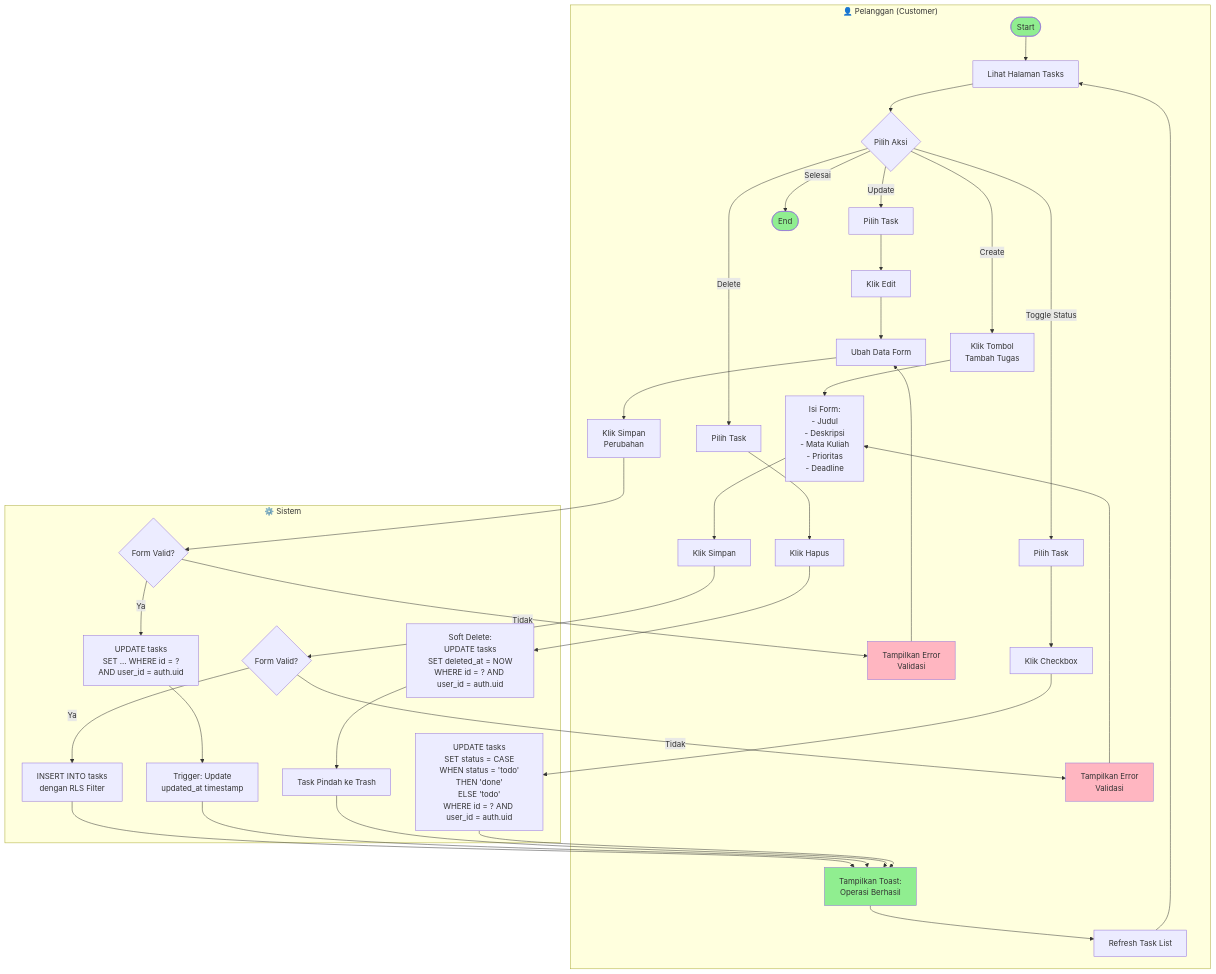
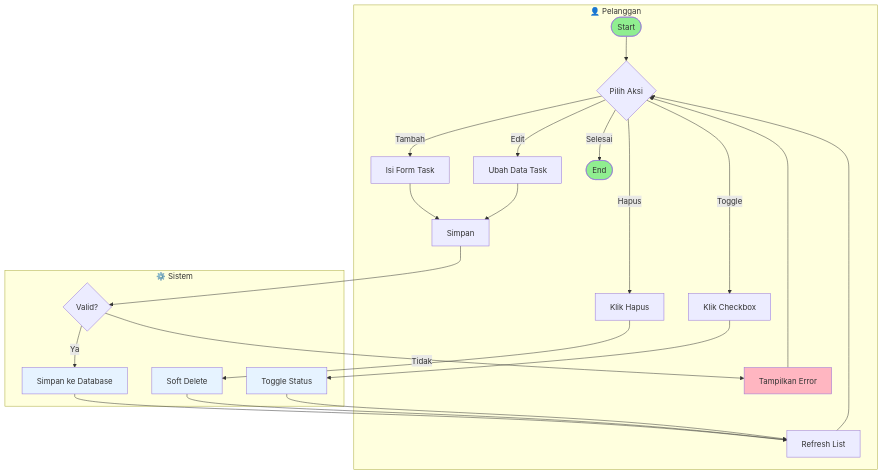
One commit to FarhanEfendi21/FlowDay changed the third of 11 diagrams in ACTIVITY_DIAGRAMS.md. Above: the diagram before and after it, drawn with Mermaid. The commit also changed other lines of this file, not shown here.

Commit message:
fix activity diagram

````diff
--- a/ACTIVITY_DIAGRAMS.md
+++ b/ACTIVITY_DIAGRAMS.md
@@ -122,67 +92,35 @@
 ```mermaid
 graph TD
-    subgraph User["👤 Pelanggan (Customer)"]
-        Start([Start]) --> ViewTasks[Lihat Halaman Tasks]
-        ViewTasks --> Choice{Pilih Aksi}
-        
-        %% CREATE
-        Choice -->|Create| ClickAdd[Klik Tombol<br/>Tambah Tugas]
-        ClickAdd --> FillForm[Isi Form:<br/>- Judul<br/>- Deskripsi<br/>- Mata Kuliah<br/>- Prioritas<br/>- Deadline]
-        FillForm --> SubmitCreate[Klik Simpan]
-        ErrorCreate[Tampilkan Error<br/>Validasi] --> FillForm
-        
-        %% UPDATE
-        Choice -->|Update| SelectTask[Pilih Task]
-        SelectTask --> ClickEdit[Klik Edit]
-        ClickEdit --> ModifyForm[Ubah Data Form]
-        ModifyForm --> SubmitUpdate[Klik Simpan<br/>Perubahan]
-        ErrorUpdate[Tampilkan Error<br/>Validasi] --> ModifyForm
-        
-        %% DELETE
-        Choice -->|Delete| SelectTaskDel[Pilih Task]
-        SelectTaskDel --> ClickDelete[Klik Hapus]
-        
-        %% TOGGLE
-        Choice -->|Toggle Status| SelectTaskToggle[Pilih Task]
-        SelectTaskToggle --> ClickCheckbox[Klik Checkbox]
-        
-        ShowSuccess[Tampilkan Toast:<br/>Operasi Berhasil] --> RefreshView[Refresh Task List]
-        RefreshView --> ViewTasks
-        Choice -->|Selesai| End([End])
+    subgraph User["👤 Pelanggan"]
+        A([Start]) --> B{Pilih Aksi}
+        B -->|Tambah| C[Isi Form Task]
+        B -->|Edit| D[Ubah Data Task]
+        B -->|Hapus| E[Klik Hapus]
+        B -->|Toggle| F[Klik Checkbox]
+        C --> G[Simpan]
+        D --> G
+        H[Tampilkan Error] --> B
+        I[Refresh List] --> B
+        B -->|Selesai| J([End])
     end
     
     subgraph System["⚙️ Sistem"]
-        %% CREATE SYSTEM
-        ValidateCreate{Form Valid?}
-        ValidateCreate -->|Tidak| ErrorCreate
-        ValidateCreate -->|Ya| InsertDB[INSERT INTO tasks<br/>dengan RLS Filter]
-        InsertDB --> ShowSuccess
-        
-        %% UPDATE SYSTEM
-        ValidateUpdate{Form Valid?}
-        ValidateUpdate -->|Tidak| ErrorUpdate
-        ValidateUpdate -->|Ya| UpdateDB[UPDATE tasks<br/>SET ... WHERE id = ?<br/>AND user_id = auth.uid]
-        UpdateDB --> TriggerUpdate[Trigger: Update<br/>updated_at timestamp]
-        TriggerUpdate --> ShowSuccess
-        
-        %% DELETE SYSTEM
-        SoftDelete[Soft Delete:<br/>UPDATE tasks<br/>SET deleted_at = NOW<br/>WHERE id = ? AND user_id = auth.uid]
-        SoftDelete --> MoveTrash[Task Pindah ke Trash]
-        MoveTrash --> ShowSuccess
-        
-        %% TOGGLE SYSTEM
-        ToggleDB[UPDATE tasks<br/>SET status = CASE<br/>WHEN status = 'todo'<br/>THEN 'done'<br/>ELSE 'todo'<br/>WHERE id = ? AND user_id = auth.uid]
-        ToggleDB --> ShowSuccess
+        K{Valid?}
+        K -->|Tidak| H
+        K -->|Ya| L[Simpan ke Database]
+        L --> I
+        M[Soft Delete] --> I
+        N[Toggle Status] --> I
     end
     
-    SubmitCreate --> ValidateCreate
-    SubmitUpdate --> ValidateUpdate
-    ClickDelete --> SoftDelete
-    ClickCheckbox --> ToggleDB
+    G --> K
+    E --> M
+    F --> N
 
-    style Start fill:#90EE90
-    style End fill:#90EE90
-    style ErrorCreate fill:#FFB6C1
-    style ErrorUpdate fill:#FFB6C1
-    style ShowSuccess fill:#90EE90
+    style A fill:#90EE90
+    style J fill:#90EE90
+    style H fill:#FFB6C1
+    style L fill:#E6F3FF
+    style M fill:#E6F3FF
+    style N fill:#E6F3FF
 ```
````
